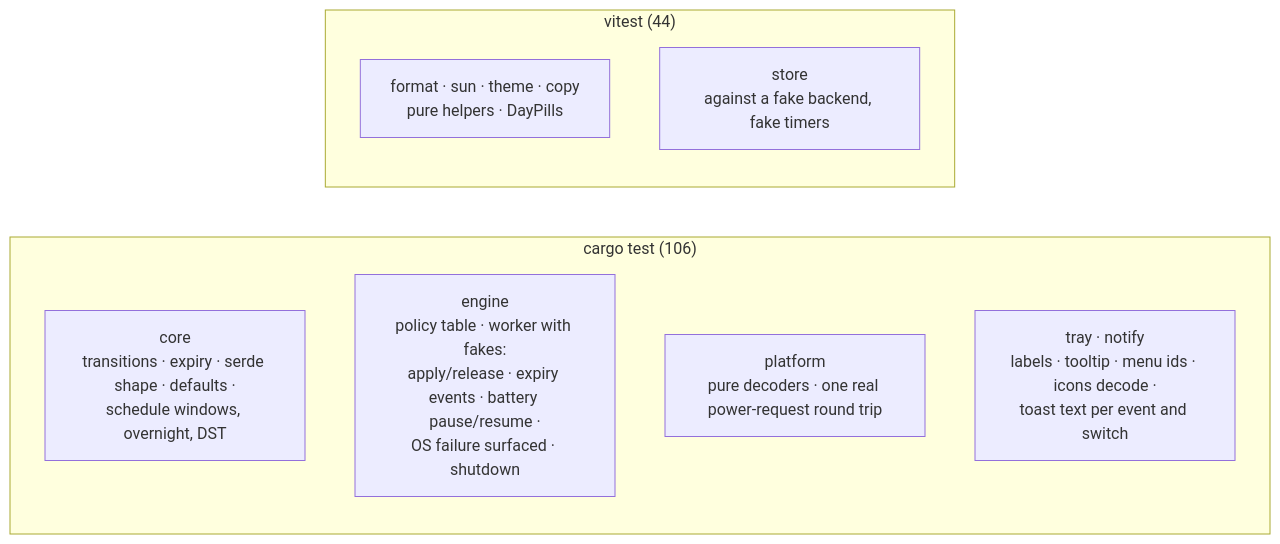
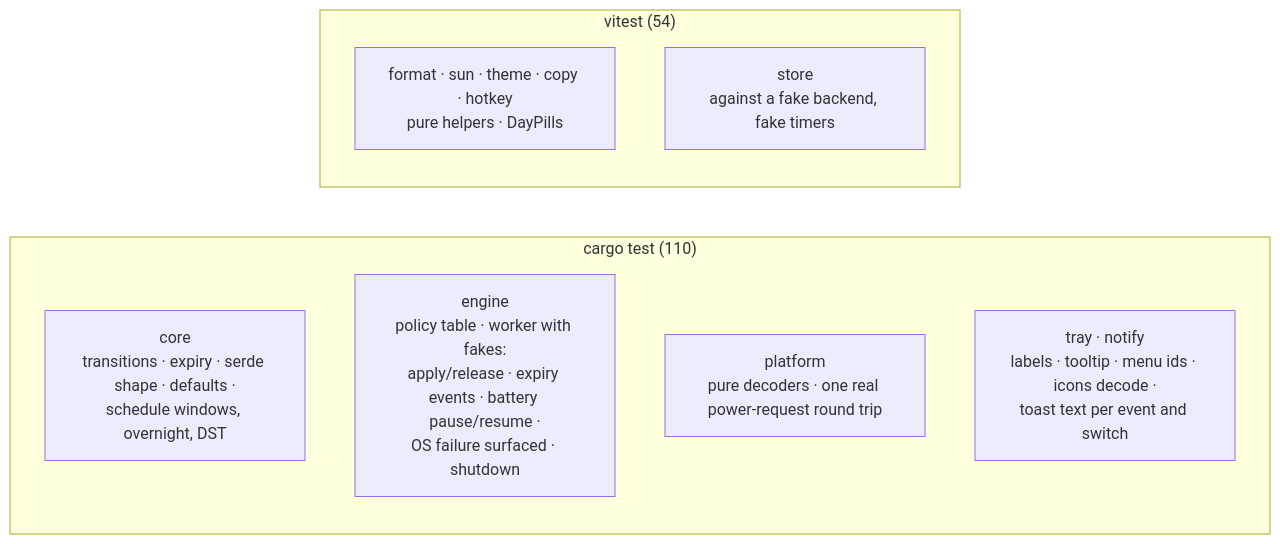
One commit to ax5hay/KeepMeAwake changed the second of 2 diagrams in docs/development.md. Above: the diagram before and after it, drawn with Mermaid. The commit also changed 6 other files, not shown here.

````diff
--- a/docs/development.md
+++ b/docs/development.md
@@ -112,13 +112,13 @@
 ```mermaid
 flowchart LR
-    subgraph rust["cargo test (106)"]
+    subgraph rust["cargo test (110)"]
         core_t["core<br/>transitions · expiry · serde shape · defaults ·<br/>schedule windows, overnight, DST"]
         engine_t["engine<br/>policy table · worker with fakes:<br/>apply/release · expiry events · battery pause/resume ·<br/>OS failure surfaced · shutdown"]
         platform_t["platform<br/>pure decoders · one real power-request round trip"]
         tray_t["tray · notify<br/>labels · tooltip · menu ids · icons decode ·<br/>toast text per event and switch"]
     end
-    subgraph ui["vitest (44)"]
-        fmt["format · sun · theme · copy<br/>pure helpers · DayPills"]
+    subgraph ui["vitest (54)"]
+        fmt["format · sun · theme · copy · hotkey<br/>pure helpers · DayPills"]
         store_t["store<br/>against a fake backend, fake timers"]
     end
 ```
````
